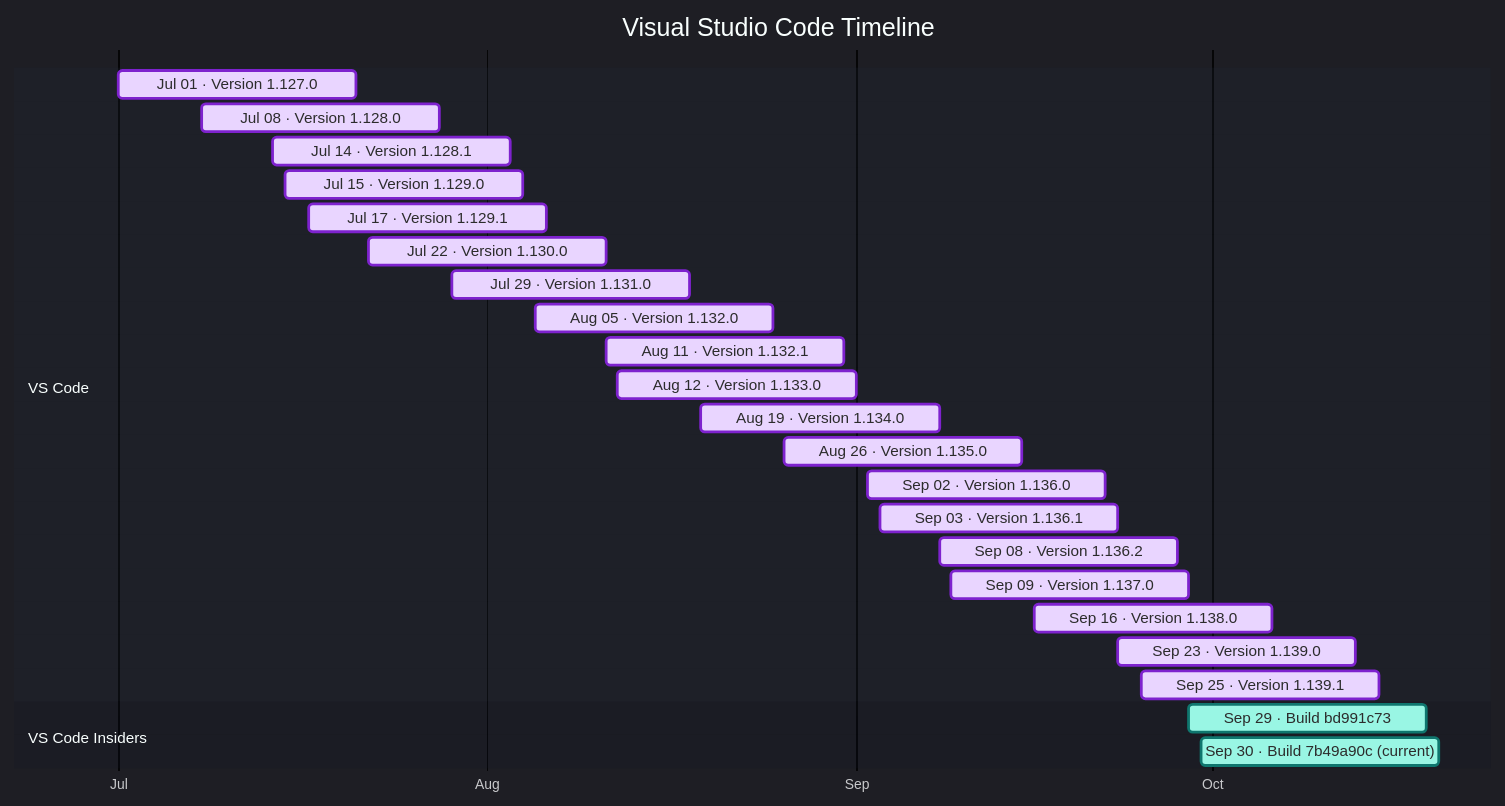
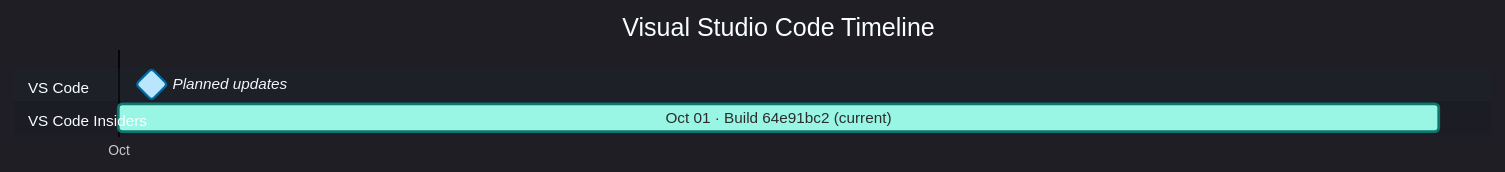
Before and after one commit to Oxelya-DevTools/VisualStudioUpdate: the diagram in docs/vscode.md, drawn with Mermaid. The commit also changed other lines of this file and 1 other file, not shown here.

Commit message:
Update generated release feeds

````diff
--- a/docs/vscode.md
+++ b/docs/vscode.md
@@ -9,31 +9,12 @@
 ```mermaid
 %%{init: {'theme':'dark','themeVariables': { 'fontFamily': 'Segoe UI', 'fontSize': '24px', 'textColor': '#F3F4F6', 'titleTextColor': '#FFFFFF', 'taskTextColor': '#111827', 'taskTextLightColor': '#111827', 'taskTextOutsideColor': '#F3F4F6', 'taskBkgColor': '#BAE6FD', 'taskBorderColor': '#0369A1', 'doneTaskBkgColor': '#E9D5FF', 'doneTaskBorderColor': '#7E22CE', 'activeTaskBkgColor': '#99F6E4', 'activeTaskBorderColor': '#0F766E', 'critTaskBkgColor': '#FED7AA', 'critTaskBorderColor': '#C2410C', 'sectionBkgColor': '#1F2937', 'altSectionBkgColor': '#111827', 'gridColor': '#4B5563', 'todayLineColor': '#F87171' }}}%%
 gantt
     title Visual Studio Code Timeline
     dateFormat  YYYY-MM-DD
     axisFormat  %b
     tickInterval 1month
     section VS Code
-    Jul 01 · Version 1.127.0 : done, vscode202607010, 2026-07-01, 20d
-    Jul 08 · Version 1.128.0 : done, vscode202607081, 2026-07-08, 20d
-    Jul 14 · Version 1.128.1 : done, vscode202607142, 2026-07-14, 20d
-    Jul 15 · Version 1.129.0 : done, vscode202607153, 2026-07-15, 20d
-    Jul 17 · Version 1.129.1 : done, vscode202607174, 2026-07-17, 20d
-    Jul 22 · Version 1.130.0 : done, vscode202607225, 2026-07-22, 20d
-    Jul 29 · Version 1.131.0 : done, vscode202607296, 2026-07-29, 20d
-    Aug 05 · Version 1.132.0 : done, vscode202608057, 2026-08-05, 20d
-    Aug 11 · Version 1.132.1 : done, vscode202608118, 2026-08-11, 20d
-    Aug 12 · Version 1.133.0 : done, vscode202608129, 2026-08-12, 20d
-    Aug 19 · Version 1.134.0 : done, vscode2026081910, 2026-08-19, 20d
-    Aug 26 · Version 1.135.0 : done, vscode2026082611, 2026-08-26, 20d
-    Sep 02 · Version 1.136.0 : done, vscode2026090212, 2026-09-02, 20d
-    Sep 03 · Version 1.136.1 : done, vscode2026090313, 2026-09-03, 20d
-    Sep 08 · Version 1.136.2 : done, vscode2026090814, 2026-09-08, 20d
-    Sep 09 · Version 1.137.0 : done, vscode2026090915, 2026-09-09, 20d
-    Sep 16 · Version 1.138.0 : done, vscode2026091616, 2026-09-16, 20d
-    Sep 23 · Version 1.139.0 : done, vscode2026092317, 2026-09-23, 20d
-    Sep 25 · Version 1.139.1 : done, vscode2026092518, 2026-09-25, 20d
+    Planned updates : milestone, vscodeplanned, 2026-10-01, 1d
     section VS Code Insiders
-    Sep 29 · Build bd991c73 : active, vscodeinsiders202609290, 2026-09-29, 20d
-    Sep 30 · Build 7b49a90c (current) : active, vscodeinsiders202609301, 2026-09-30, 20d
+    Oct 01 · Build 64e91bc2 (current) : active, vscodeinsiders202610010, 2026-10-01, 20d
 ```
````
